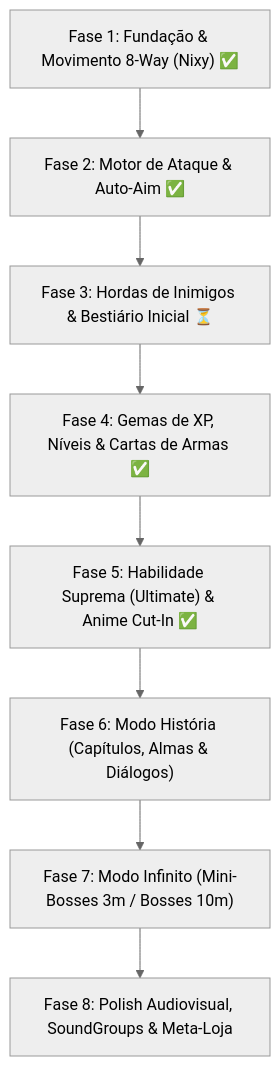
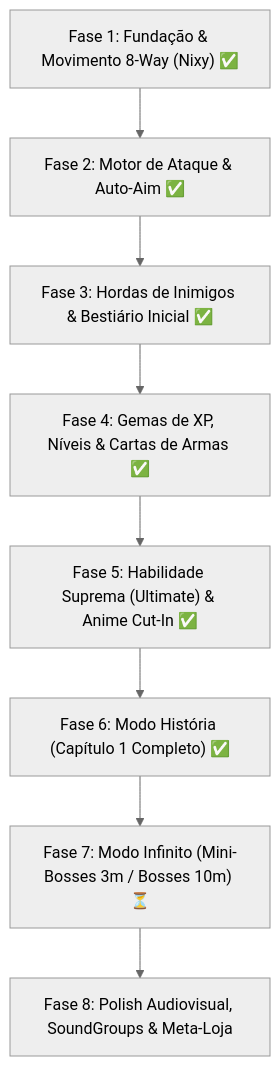
The diagram in docs/TIMELINE.md (Davi0147/Hell-Survivor), drawn with Mermaid (neutral theme) before and after one commit. The commit also changed other lines of this file and 2 other files, not shown here.

````diff
--- a/docs/TIMELINE.md
+++ b/docs/TIMELINE.md
@@ -9,10 +9,10 @@
 ```mermaid
 flowchart TD
     M1["Fase 1: Fundação & Movimento 8-Way (Nixy) ✅"] --> M2["Fase 2: Motor de Ataque & Auto-Aim ✅"]
-    M2 --> M3["Fase 3: Hordas de Inimigos & Bestiário Inicial ⏳"]
+    M2 --> M3["Fase 3: Hordas de Inimigos & Bestiário Inicial ✅"]
     M3 --> M4["Fase 4: Gemas de XP, Níveis & Cartas de Armas ✅"]
     M4 --> M5["Fase 5: Habilidade Suprema (Ultimate) & Anime Cut-In ✅"]
-    M5 --> M6["Fase 6: Modo História (Capítulos, Almas & Diálogos)"]
-    M6 --> M7["Fase 7: Modo Infinito (Mini-Bosses 3m / Bosses 10m)"]
+    M5 --> M6["Fase 6: Modo História (Capítulo 1 Completo) ✅"]
+    M6 --> M7["Fase 7: Modo Infinito (Mini-Bosses 3m / Bosses 10m) ⏳"]
     M7 --> M8["Fase 8: Polish Audiovisual, SoundGroups & Meta-Loja"]
 ```
````
